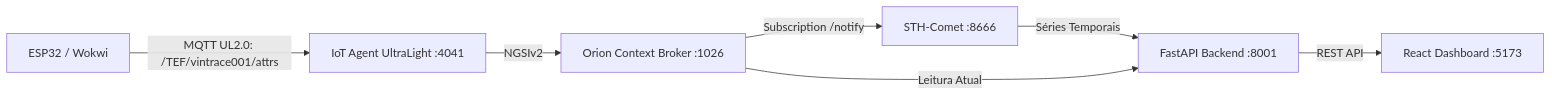
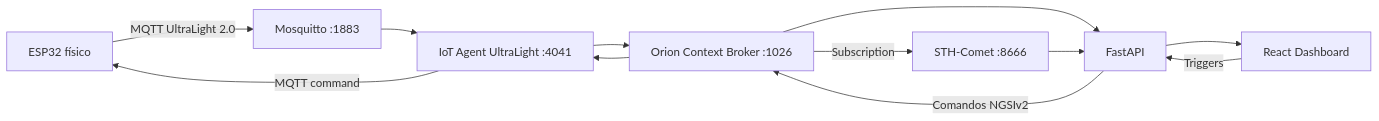
One commit to 1fpz/vintrace changed the diagram in README.md. Above: the diagram before and after it, drawn with Mermaid. The commit also changed other lines of this file and 13 other files, not shown here.

````diff
--- a/README.md
+++ b/README.md
@@ -12,9 +18,15 @@
 ```mermaid
 flowchart LR
-    ESP[ESP32 / Wokwi] -->|MQTT UL2.0: /TEF/vintrace001/attrs| IOT[IoT Agent UltraLight :4041]
-    IOT -->|NGSIv2| ORION[Orion Context Broker :1026]
-    ORION -->|Subscription /notify| STH[STH-Comet :8666]
-    STH -->|Séries Temporais| API[FastAPI Backend :8001]
-    ORION -->|Leitura Atual| API
-    API -->|REST API| DASH[React Dashboard :5173]
+    ESP[ESP32 físico] -->|MQTT UltraLight 2.0| MQTT[Mosquitto :1883]
+    MQTT --> IOT[IoT Agent UltraLight :4041]
+    IOT --> ORION[Orion Context Broker :1026]
+    ORION -->|Subscription| STH[STH-Comet :8666]
+    ORION --> API[FastAPI]
+    STH --> API
+    API --> DASH[React Dashboard]
+
+    DASH -->|Triggers| API
+    API -->|Comandos NGSIv2| ORION
+    ORION --> IOT
+    IOT -->|MQTT command| ESP
 ```
````
